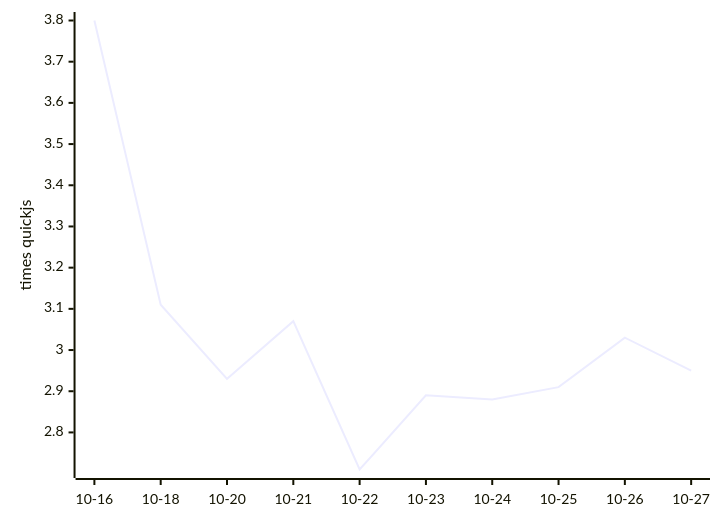
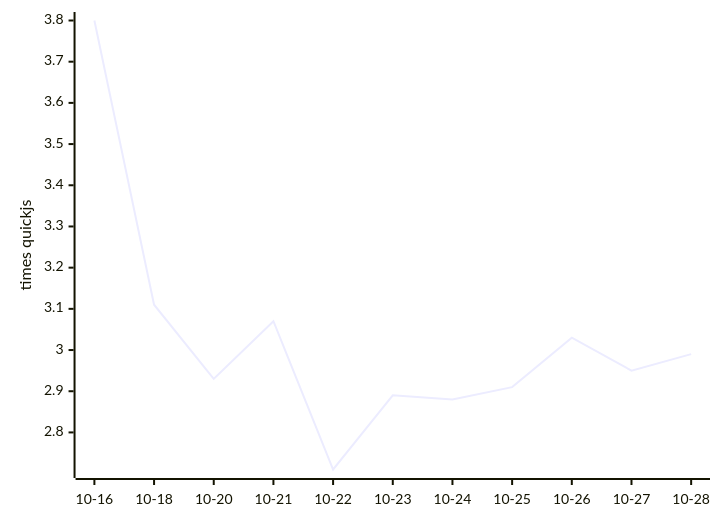
Before and after one commit to mozzius/kahvi: the diagram in README.md, drawn with Mermaid. The commit also changed other lines of this file and 1 other file, not shown here.

````diff
--- a/README.md
+++ b/README.md
@@ -9,6 +9,6 @@
 ```mermaid
 xychart-beta
-  x-axis ["10-16", "10-18", "10-20", "10-21", "10-22", "10-23", "10-24", "10-25", "10-26", "10-27"]
+  x-axis ["10-16", "10-18", "10-20", "10-21", "10-22", "10-23", "10-24", "10-25", "10-26", "10-27", "10-28"]
   y-axis "times quickjs"
-  line [3.80, 3.11, 2.93, 3.07, 2.71, 2.89, 2.88, 2.91, 3.03, 2.95]
+  line [3.80, 3.11, 2.93, 3.07, 2.71, 2.89, 2.88, 2.91, 3.03, 2.95, 2.99]
 ```
````
